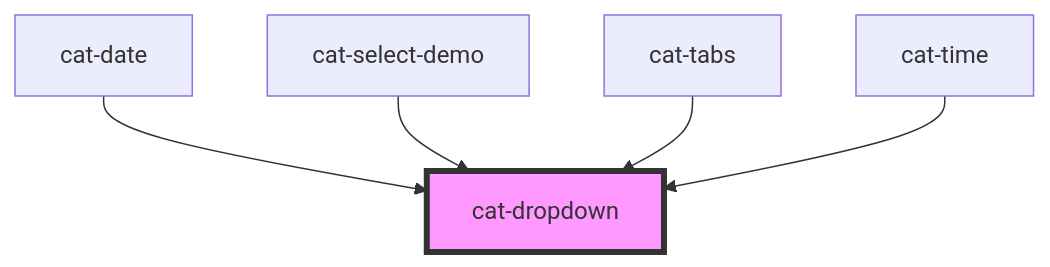
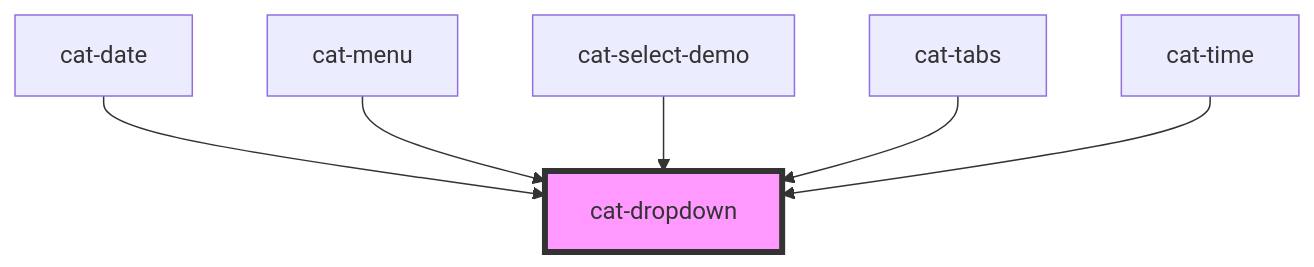
The diagram in core/src/components/cat-dropdown/readme.md (haiilo/catalyst), drawn with Mermaid before and after one commit. The commit also changed other lines of this file and 17 other files, not shown here.

Commit message:
feat(core)!: cat-menu and make a focus trap in dropdown configurable

````diff
--- a/core/src/components/cat-dropdown/readme.md
+++ b/core/src/components/cat-dropdown/readme.md
@@ -86,8 +92,9 @@
 ```mermaid
 graph TD;
   cat-date --> cat-dropdown
+  cat-menu --> cat-dropdown
   cat-select-demo --> cat-dropdown
   cat-tabs --> cat-dropdown
   cat-time --> cat-dropdown
   style cat-dropdown fill:#f9f,stroke:#333,stroke-width:4px
 ```
````
